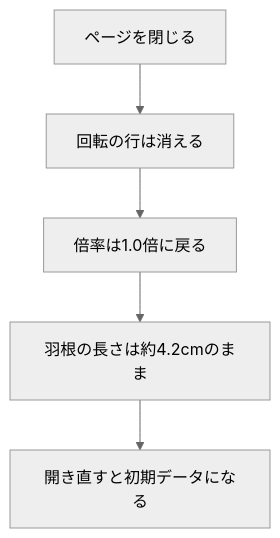
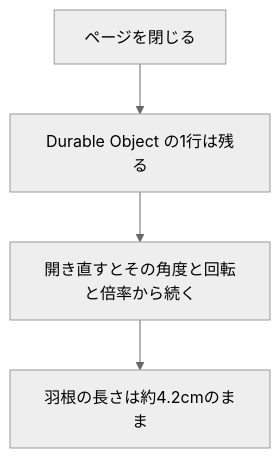
The second of 2 diagrams in spinner/ドキュメント/データベース設計.md (pfgnsb/hand-spinner), drawn with Mermaid (neutral theme) before and after one commit. The commit also changed other lines of this file and 22 other files, not shown here.

Commit message:
回した向きと倍率を Durable Object に残し、README に技術スタックを書く。

````diff
--- a/spinner/ドキュメント/データベース設計.md
+++ b/spinner/ドキュメント/データベース設計.md
@@ -125,7 +125,6 @@
 ```mermaid
 flowchart TD
-  a[ページを閉じる] --> b[回転の行は消える]
-  b --> c[倍率は1.0倍に戻る]
+  a[ページを閉じる] --> b[Durable Object の1行は残る]
+  b --> c[開き直すとその角度と回転と倍率から続く]
   c --> d[羽根の長さは約4.2cmのまま]
-  d --> e[開き直すと初期データになる]
 ```
````
